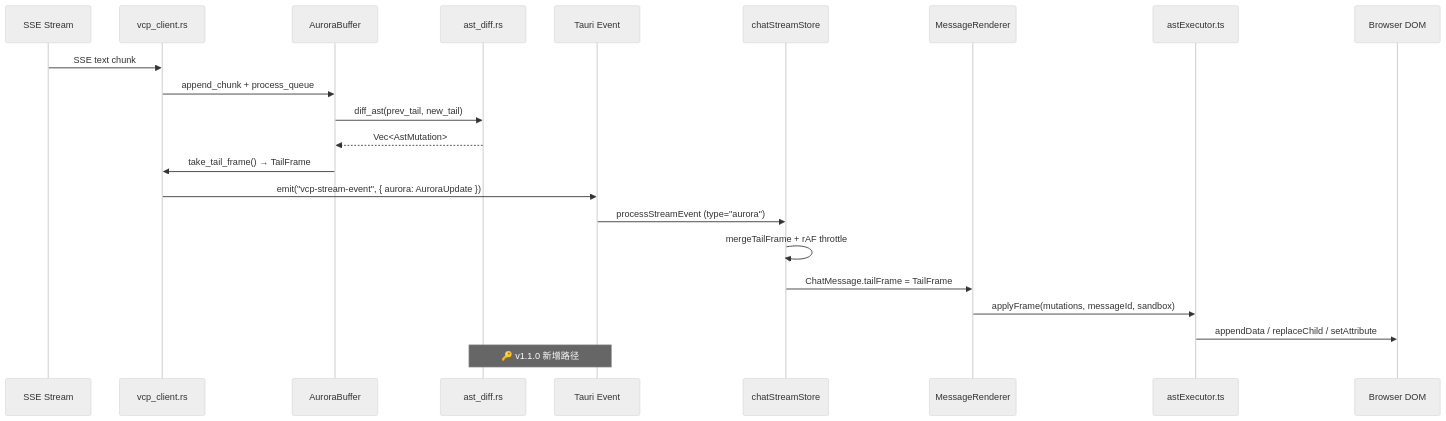
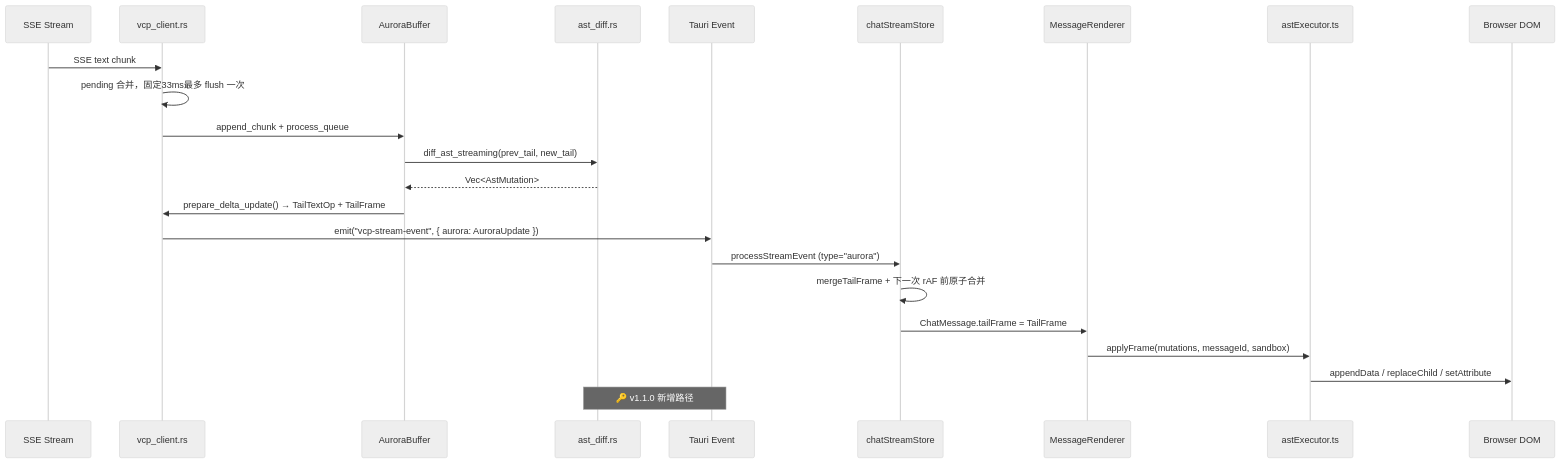
One commit to MRiecy/VCPMobile changed the first of 3 diagrams in docs/modules/ast-diff/03_AstMutation指令集与稀疏IPC协议.md. Above: the diagram before and after it, drawn with Mermaid (neutral theme). The commit also changed other lines of this file and 12 other files, not shown here.

````diff
--- a/docs/modules/ast-diff/03_AstMutation指令集与稀疏IPC协议.md
+++ b/docs/modules/ast-diff/03_AstMutation指令集与稀疏IPC协议.md
@@ -26,26 +26,27 @@
 ```mermaid
 sequenceDiagram
     participant SSE as SSE Stream
     participant VC as vcp_client.rs
     participant AB as AuroraBuffer
     participant DF as ast_diff.rs
     participant Event as Tauri Event
     participant CSS as chatStreamStore
     participant MR as MessageRenderer
     participant AE as astExecutor.ts
     participant DOM as Browser DOM
 
     SSE->>VC: SSE text chunk
+    VC->>VC: pending 合并，固定33ms最多 flush 一次
     VC->>AB: append_chunk + process_queue
-    AB->>DF: diff_ast(prev_tail, new_tail)
+    AB->>DF: diff_ast_streaming(prev_tail, new_tail)
     DF-->>AB: Vec<AstMutation>
-    AB->>VC: take_tail_frame() → TailFrame
+    AB->>VC: prepare_delta_update() → TailTextOp + TailFrame
     VC->>Event: emit("vcp-stream-event", { aurora: AuroraUpdate })
     Event->>CSS: processStreamEvent (type="aurora")
-    CSS->>CSS: mergeTailFrame + rAF throttle
+    CSS->>CSS: mergeTailFrame + 下一次 rAF 前原子合并
     CSS->>MR: ChatMessage.tailFrame = TailFrame
     MR->>AE: applyFrame(mutations, messageId, sandbox)
     AE->>DOM: appendData / replaceChild / setAttribute
 
     Note over DF,Event: 🔑 v1.1.0 新增路径
 ```
````
